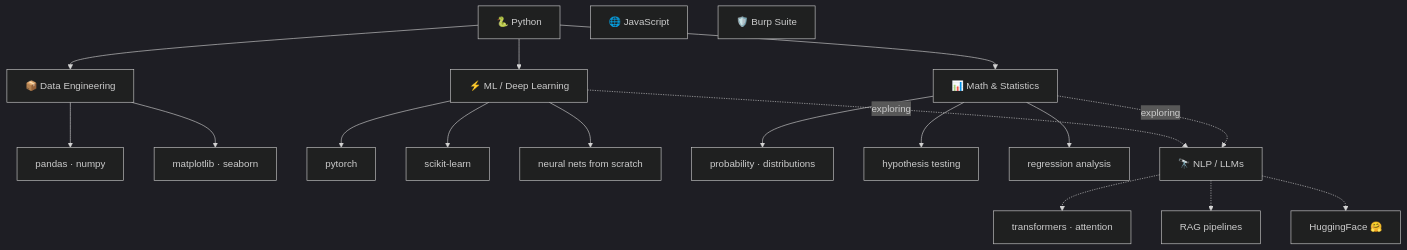
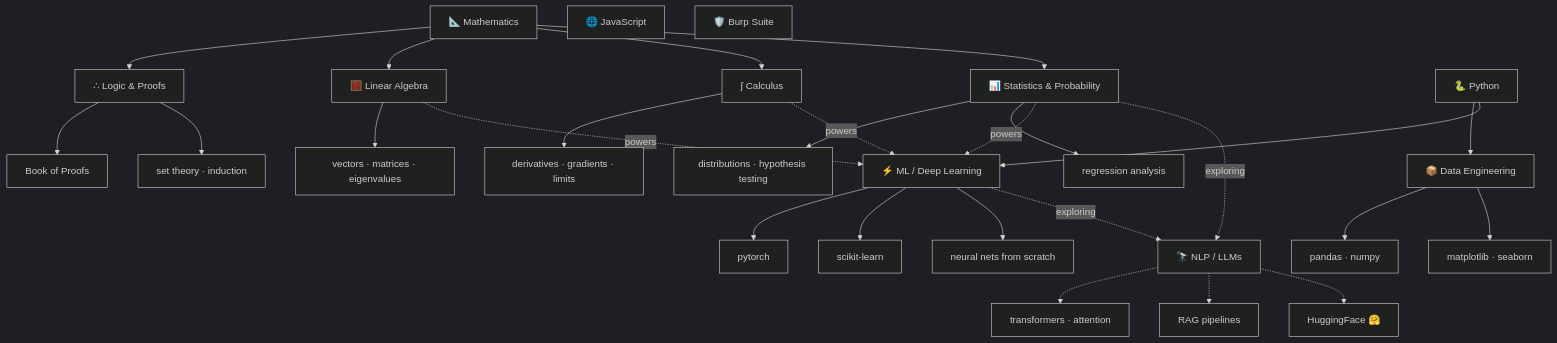
The diagram in README.md (a9rmx1990/a9rmx1990), drawn with Mermaid (dark theme) before and after one commit. The commit also changed other lines of this file, not shown here.

````diff
--- a/README.md
+++ b/README.md
@@ -101,29 +126,43 @@
 ```mermaid
 flowchart TD
+    M["📐 Mathematics"]
+
+    M --> LOG["∴ Logic & Proofs"]
+    M --> LA["🧮 Linear Algebra"]
+    M --> CA["∫ Calculus"]
+    M --> ST["📊 Statistics & Probability"]
+
+    LOG --> bop["Book of Proofs"]
+    LOG --> set["set theory · induction"]
+
+    LA --> vec["vectors · matrices · eigenvalues"]
+    CA --> der["derivatives · gradients · limits"]
+    ST --> pr["distributions · hypothesis testing"]
+    ST --> rg["regression analysis"]
+
     P["🐍 Python"]
 
+    LA -.->|powers| ML["⚡ ML / Deep Learning"]
+    CA -.->|powers| ML
+    ST -.->|powers| ML
+
     P --> DE["📦 Data Engineering"]
-    P --> ML["⚡ ML / Deep Learning"]
-    P --> ST["📊 Math & Statistics"]
+    P --> ML
 
     DE --> pd["pandas · numpy"]
     DE --> vz["matplotlib · seaborn"]
 
     ML --> pt["pytorch"]
     ML --> sk["scikit-learn"]
     ML --> nn["neural nets from scratch"]
-
-    ST --> pr["probability · distributions"]
-    ST --> hy["hypothesis testing"]
-    ST --> rg["regression analysis"]
 
     ML -.->|exploring| NLP["🔭 NLP / LLMs"]
     ST -.->|exploring| NLP
 
     NLP -.-> tr["transformers · attention"]
     NLP -.-> rag["RAG pipelines"]
     NLP -.-> hf["HuggingFace 🤗"]
 
     JS["🌐 JavaScript"]
     BS["🛡️ Burp Suite"]
 ```
````
